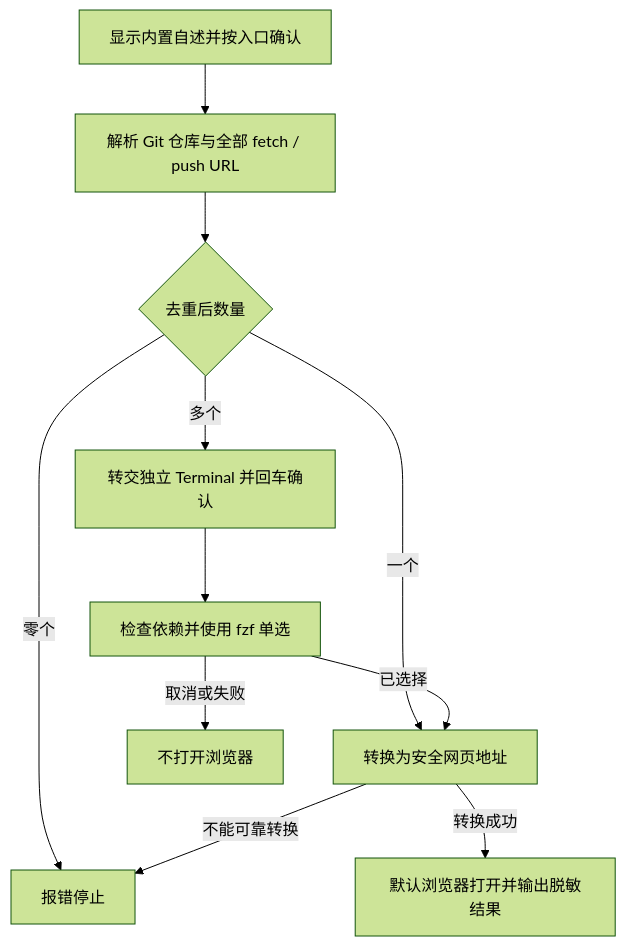
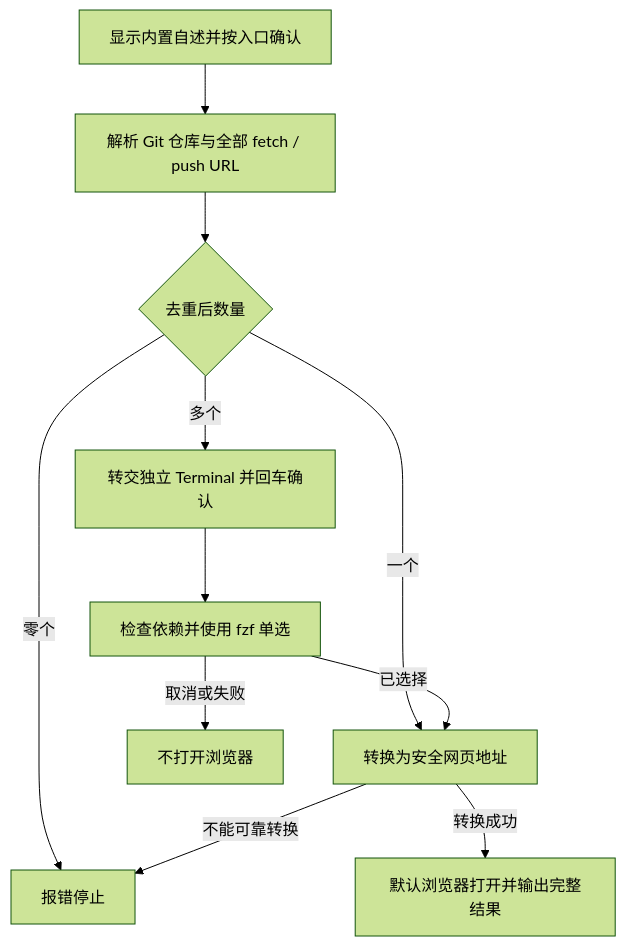
One commit to JobsKits/SourceTree.sh changed the diagram in MacOS/【MacOS@SourceTree】🌍打开远程仓库地址.command/README.md. Above: the diagram before and after it, drawn with Mermaid (forest theme). The commit also changed other lines of this file and 92 other files, not shown here.

````diff
--- a/MacOS/【MacOS@SourceTree】🌍打开远程仓库地址.command/README.md
+++ b/MacOS/【MacOS@SourceTree】🌍打开远程仓库地址.command/README.md
@@ -69,13 +71,13 @@
 ```mermaid
 flowchart TD
   A[显示内置自述并按入口确认] --> B[解析 Git 仓库与全部 fetch / push URL]
   B --> C{去重后数量}
   C -->|零个| X[报错停止]
   C -->|一个| F[转换为安全网页地址]
   C -->|多个| D[转交独立 Terminal 并回车确认]
   D --> E[检查依赖并使用 fzf 单选]
   E -->|取消或失败| Y[不打开浏览器]
   E -->|已选择| F
   F -->|不能可靠转换| X
-  F -->|转换成功| G[默认浏览器打开并输出脱敏结果]
+  F -->|转换成功| G[默认浏览器打开并输出完整结果]
 ```
````
